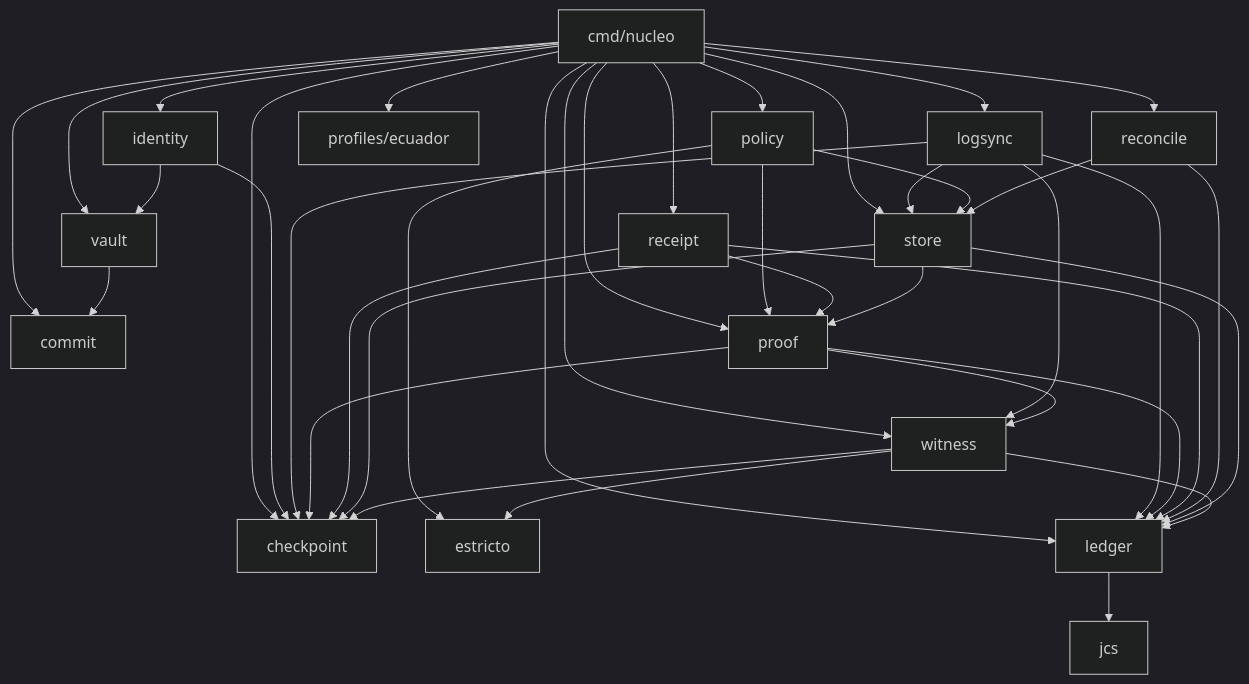
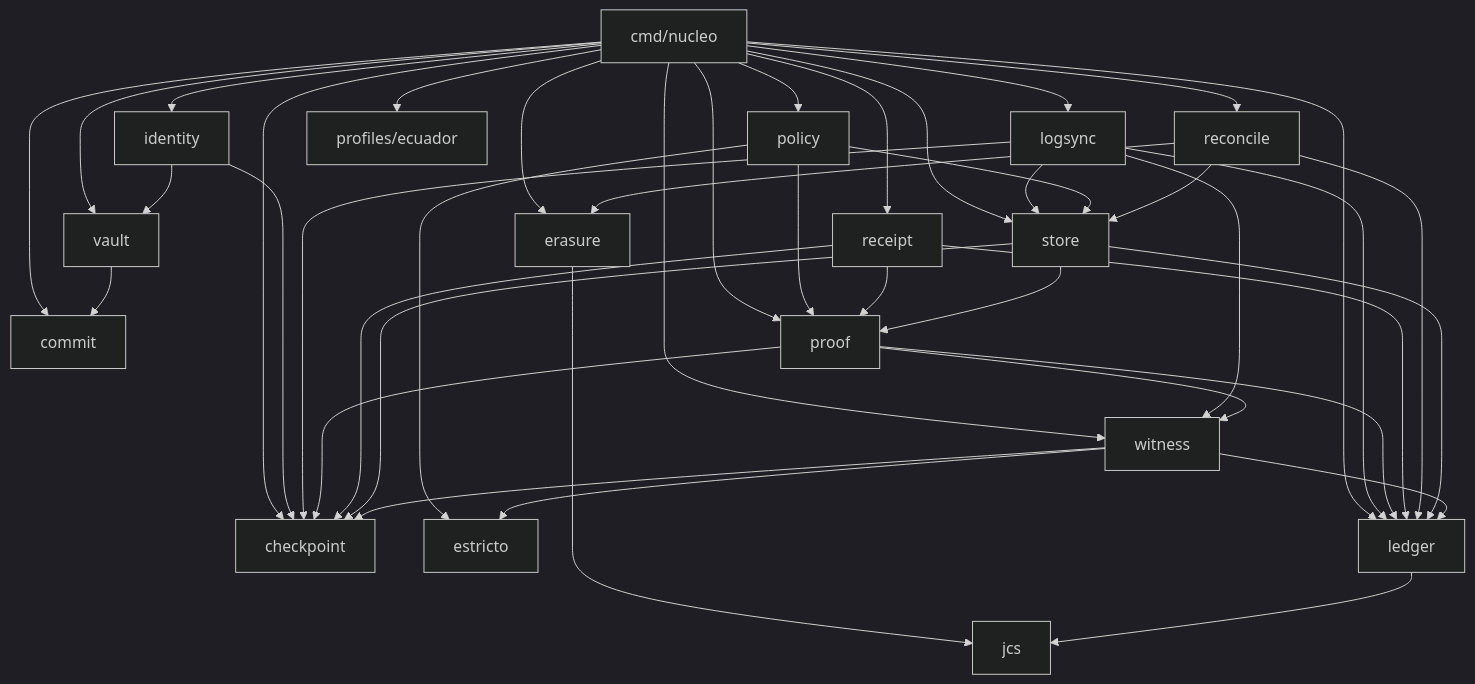
Before and after one commit to nucleoledger/nucleo: the second of 11 diagrams in docs/ARQUITECTURA.md, drawn with Mermaid (dark theme). The commit also changed other lines of this file and 19 other files, not shown here.

````diff
--- a/docs/ARQUITECTURA.md
+++ b/docs/ARQUITECTURA.md
@@ -65,57 +65,61 @@
 ```mermaid
 flowchart TD
   cli[cmd/nucleo]
   checkpoint[checkpoint]
   commit[commit]
+  erasure[erasure]
   estricto[estricto]
   identity[identity]
   jcs[jcs]
   ledger[ledger]
   logsync[logsync]
   policy[policy]
   proof[proof]
   receipt[receipt]
   reconcile[reconcile]
   store[store]
   vault[vault]
   witness[witness]
   ecuador[profiles/ecuador]
   cli --> checkpoint
   cli --> commit
+  cli --> erasure
   cli --> identity
   cli --> ledger
   cli --> logsync
   cli --> policy
   cli --> proof
   cli --> receipt
   cli --> reconcile
   cli --> store
   cli --> vault
   cli --> witness
   cli --> ecuador
+  erasure --> jcs
   identity --> checkpoint
   identity --> vault
   ledger --> jcs
   logsync --> checkpoint
   logsync --> ledger
   logsync --> store
   logsync --> witness
   policy --> estricto
   policy --> proof
   policy --> store
   proof --> checkpoint
   proof --> ledger
   proof --> witness
   receipt --> checkpoint
   receipt --> ledger
   receipt --> proof
+  reconcile --> erasure
   reconcile --> ledger
   reconcile --> store
   store --> checkpoint
   store --> ledger
   store --> proof
   vault --> commit
   witness --> checkpoint
   witness --> estricto
   witness --> ledger
 ```
````
